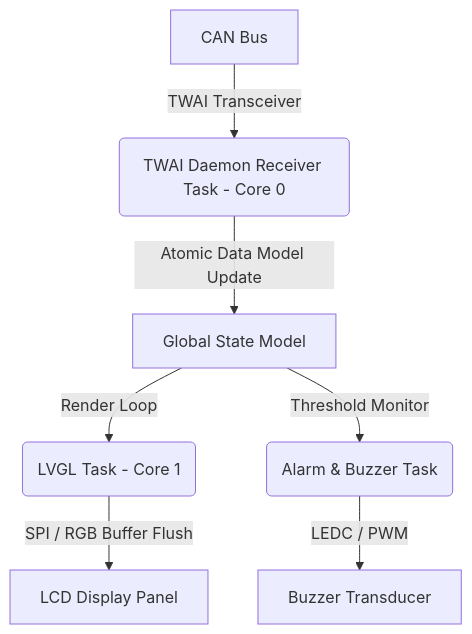
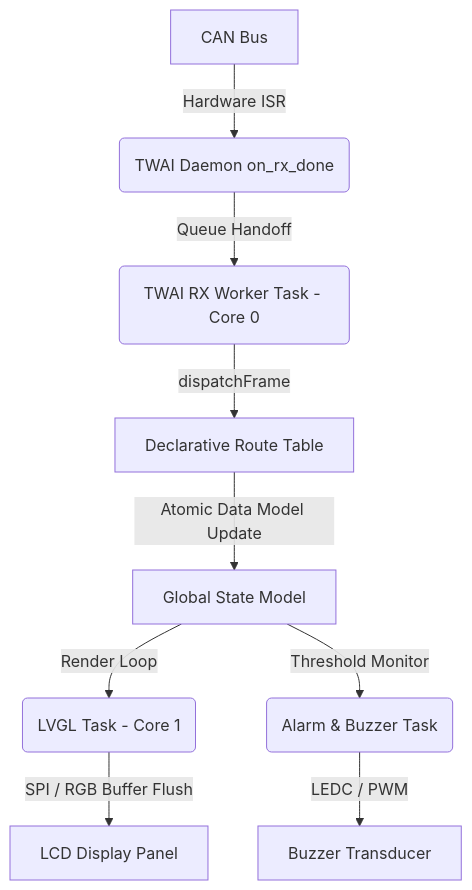
Before and after one commit to martinroger/vx-binocle-espidf: the diagram in left_screen/TOO.MD, drawn with Mermaid. The commit also changed other lines of this file and 27 other files, not shown here.

````diff
--- a/left_screen/TOO.MD
+++ b/left_screen/TOO.MD
@@ -7,9 +7,11 @@
 ```mermaid
 graph TD
-    A[CAN Bus] -->|TWAI Transceiver| B(TWAI Daemon Receiver Task - Core 0)
-    B -->|Atomic Data Model Update| C[Global State Model]
-    C -->|Render Loop| D(LVGL Task - Core 1)
-    D -->|SPI / RGB Buffer Flush| E[LCD Display Panel]
-    C -->|Threshold Monitor| F(Alarm & Buzzer Task)
-    F -->|LEDC / PWM| G[Buzzer Transducer]
+    A[CAN Bus] -->|Hardware ISR| B(TWAI Daemon on_rx_done)
+    B -->|Queue Handoff| C(TWAI RX Worker Task - Core 0)
+    C -->|dispatchFrame| D[Declarative Route Table]
+    D -->|Atomic Data Model Update| E[Global State Model]
+    E -->|Render Loop| F(LVGL Task - Core 1)
+    F -->|SPI / RGB Buffer Flush| G[LCD Display Panel]
+    E -->|Threshold Monitor| H(Alarm & Buzzer Task)
+    H -->|LEDC / PWM| I[Buzzer Transducer]
 ```
````
